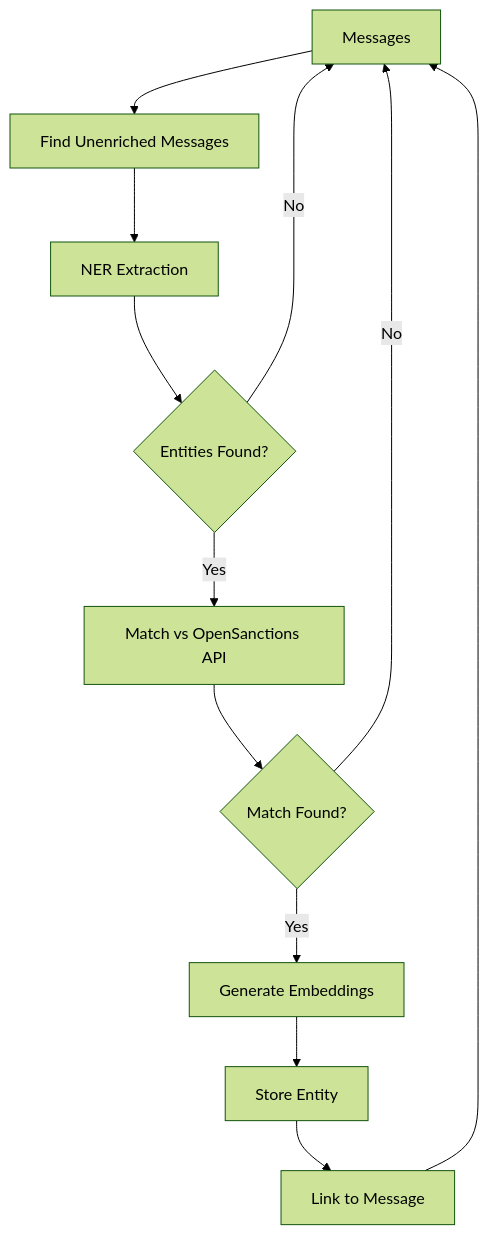
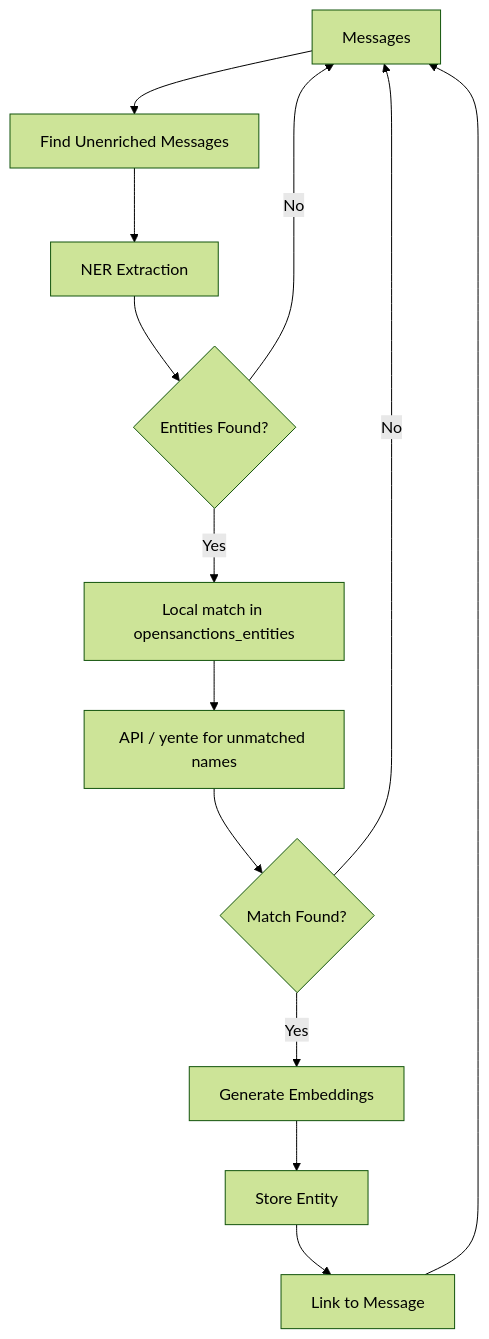
One commit to osintukraine/osint-platform-docs changed the diagram in docs/developer-guide/services/opensanctions.md. Above: the diagram before and after it, drawn with Mermaid (forest theme). The commit also changed other lines of this file and 74 other files, not shown here.

````diff
--- a/docs/developer-guide/services/opensanctions.md
+++ b/docs/developer-guide/services/opensanctions.md
@@ -80,14 +84,15 @@
 ```mermaid
 graph TD
     A[Messages] --> B[Find Unenriched Messages]
     B --> C[NER Extraction]
     C --> D{Entities Found?}
     D -->|No| A
-    D -->|Yes| E[Match vs OpenSanctions API]
+    D -->|Yes| L[Local match in opensanctions_entities]
+    L --> E[API / yente for unmatched names]
     E --> F{Match Found?}
     F -->|No| A
     F -->|Yes| G[Generate Embeddings]
     G --> H[Store Entity]
     H --> I[Link to Message]
     I --> A
 ```
````
